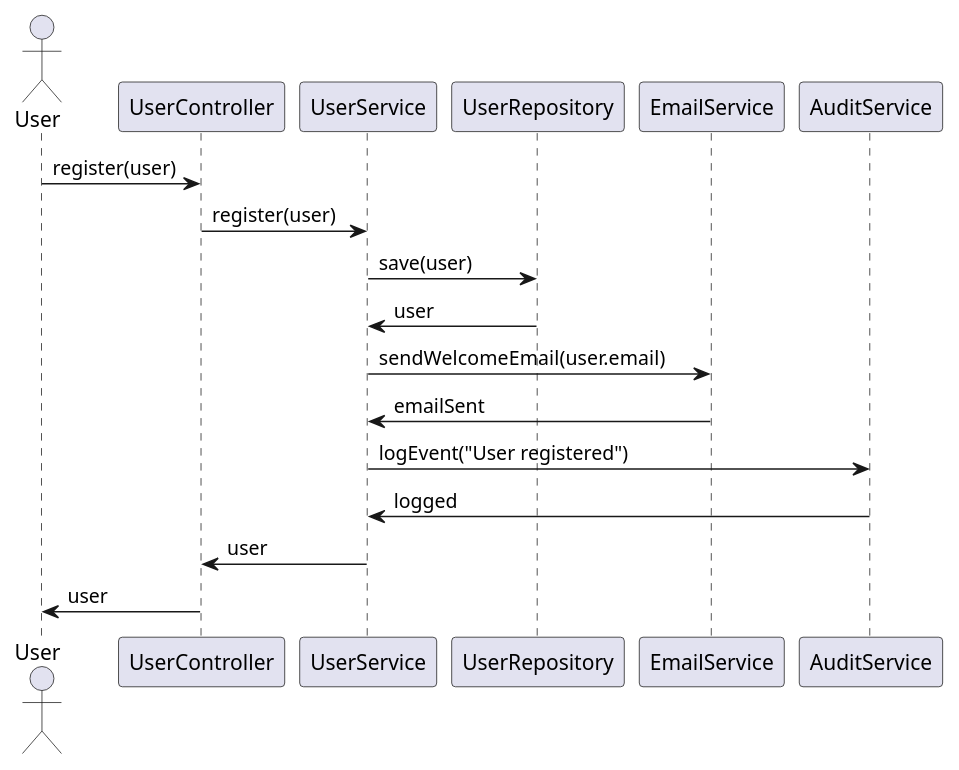
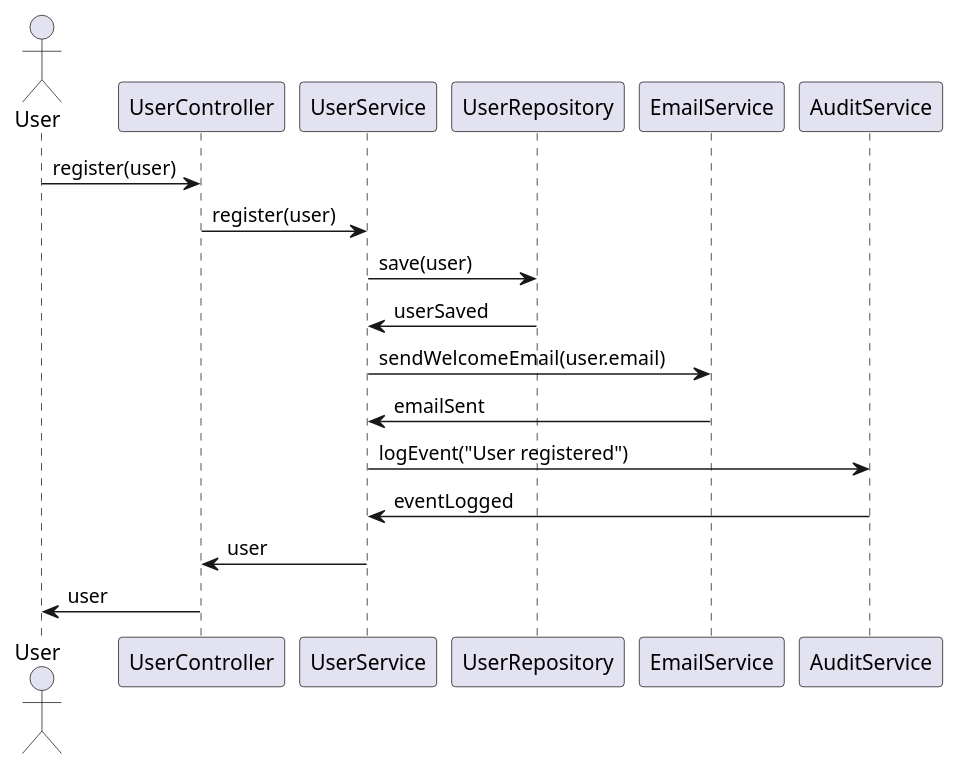
One commit to Dinesh-s95/AutoDoc.ai changed the first of 5 diagrams in identityprovider/documentation/detaileddesign.adoc. Above: the diagram before and after it, drawn with PlantUML. The commit also changed other lines of this file and 4 other files, not shown here.

````diff
--- a/identityprovider/documentation/detaileddesign.adoc
+++ b/identityprovider/documentation/detaileddesign.adoc
@@ -301,21 +290,21 @@
 ```plantuml
 @startuml
 actor User
 participant UserController
 participant UserService
 participant UserRepository
 participant EmailService
 participant AuditService
 
 User -> UserController : register(user)
 UserController -> UserService : register(user)
 UserService -> UserRepository : save(user)
-UserRepository -> UserService : user
+UserRepository -> UserService : userSaved
 UserService -> EmailService : sendWelcomeEmail(user.email)
 EmailService -> UserService : emailSent
 UserService -> AuditService : logEvent("User registered")
-AuditService -> UserService : logged
+AuditService -> UserService : eventLogged
 UserService -> UserController : user
 UserController -> User : user
 @enduml
 ```
````
